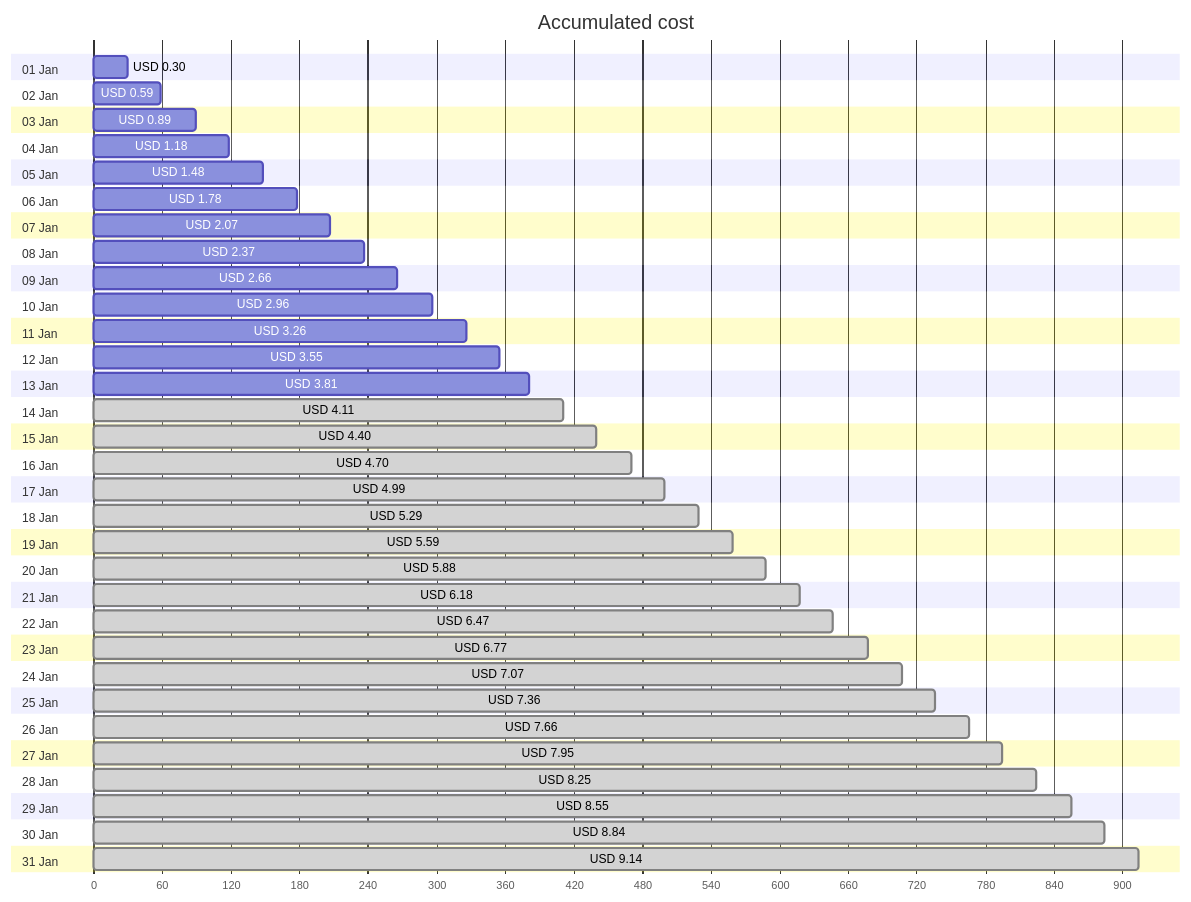
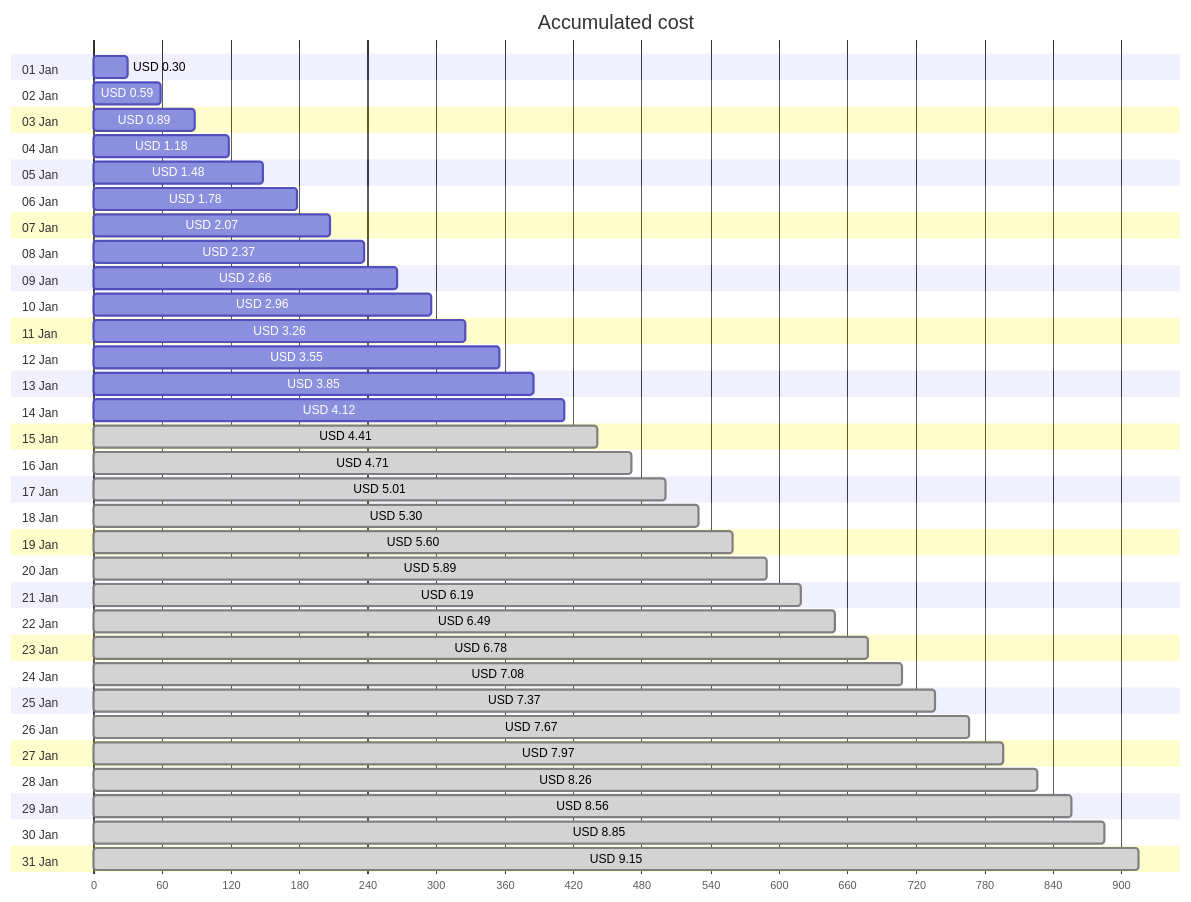
The first of 4 diagrams in cost-reports/personal-site/personal-site-preview.md (jpfulton/azure-personal-reports), drawn with Mermaid before and after one commit. The commit also changed other lines of this file and 6 other files, not shown here.

````diff
--- a/cost-reports/personal-site/personal-site-preview.md
+++ b/cost-reports/personal-site/personal-site-preview.md
@@ -20,68 +20,68 @@
 ```mermaid
 gantt
    title Accumulated cost
    dateFormat  X
    axisFormat %s
    section 01 Jan
    USD 0.30 :0, 30
    section 02 Jan
    USD 0.59 :0, 59
    section 03 Jan
    USD 0.89 :0, 89
    section 04 Jan
    USD 1.18 :0, 118
    section 05 Jan
    USD 1.48 :0, 148
    section 06 Jan
    USD 1.78 :0, 178
    section 07 Jan
    USD 2.07 :0, 207
    section 08 Jan
    USD 2.37 :0, 237
    section 09 Jan
    USD 2.66 :0, 266
    section 10 Jan
    USD 2.96 :0, 296
    section 11 Jan
    USD 3.26 :0, 326
    section 12 Jan
    USD 3.55 :0, 355
    section 13 Jan
-   USD 3.81 :0, 381
+   USD 3.85 :0, 385
    section 14 Jan
-   USD 4.11 : done, 0, 411
+   USD 4.12 :0, 412
    section 15 Jan
-   USD 4.40 : done, 0, 440
+   USD 4.41 : done, 0, 441
    section 16 Jan
-   USD 4.70 : done, 0, 470
+   USD 4.71 : done, 0, 471
    section 17 Jan
-   USD 4.99 : done, 0, 499
+   USD 5.01 : done, 0, 501
    section 18 Jan
-   USD 5.29 : done, 0, 529
+   USD 5.30 : done, 0, 530
    section 19 Jan
-   USD 5.59 : done, 0, 559
+   USD 5.60 : done, 0, 560
    section 20 Jan
-   USD 5.88 : done, 0, 588
+   USD 5.89 : done, 0, 589
    section 21 Jan
-   USD 6.18 : done, 0, 618
+   USD 6.19 : done, 0, 619
    section 22 Jan
-   USD 6.47 : done, 0, 647
+   USD 6.49 : done, 0, 649
    section 23 Jan
-   USD 6.77 : done, 0, 677
+   USD 6.78 : done, 0, 678
    section 24 Jan
-   USD 7.07 : done, 0, 707
+   USD 7.08 : done, 0, 708
    section 25 Jan
-   USD 7.36 : done, 0, 736
+   USD 7.37 : done, 0, 737
    section 26 Jan
-   USD 7.66 : done, 0, 766
+   USD 7.67 : done, 0, 767
    section 27 Jan
-   USD 7.95 : done, 0, 795
+   USD 7.97 : done, 0, 797
    section 28 Jan
-   USD 8.25 : done, 0, 825
+   USD 8.26 : done, 0, 826
    section 29 Jan
-   USD 8.55 : done, 0, 855
+   USD 8.56 : done, 0, 856
    section 30 Jan
-   USD 8.84 : done, 0, 884
+   USD 8.85 : done, 0, 885
    section 31 Jan
-   USD 9.14 : done, 0, 914
+   USD 9.15 : done, 0, 915
 ```
````
